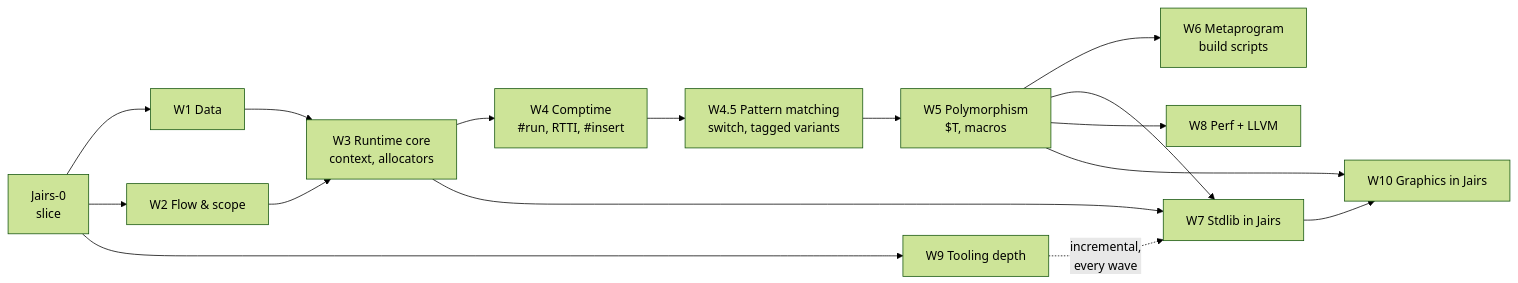
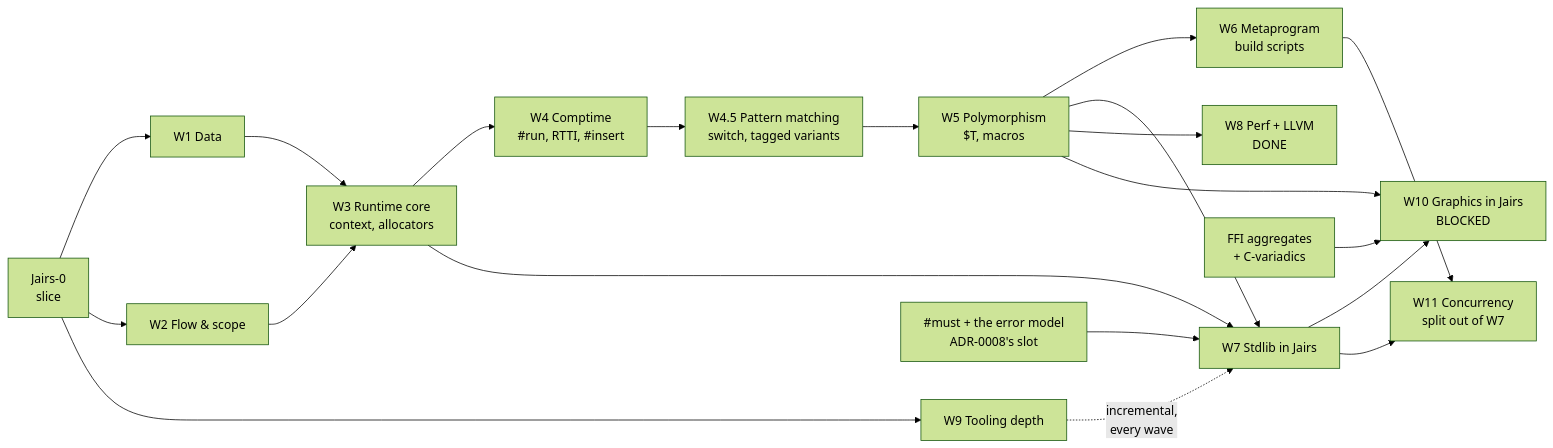
Before and after one commit to Daniel-Boll/jairs: the second of 3 diagrams in PLAN.md, drawn with Mermaid (forest theme). The commit also changed other lines of this file and 3 other files, not shown here.

````diff
--- a/PLAN.md
+++ b/PLAN.md
@@ -368,18 +369,22 @@
 ```mermaid
 flowchart LR
     S["Jairs-0<br/>slice"] --> W1["W1 Data"]
     S --> W2["W2 Flow & scope"]
     W1 --> W3["W3 Runtime core<br/>context, allocators"]
     W2 --> W3
     W3 --> W4["W4 Comptime<br/>#run, RTTI, #insert"]
     W4 --> W45["W4.5 Pattern matching<br/>switch, tagged variants"]
     W45 --> W5["W5 Polymorphism<br/>$T, macros"]
     W5 --> W6["W6 Metaprogram<br/>build scripts"]
     W3 --> W7["W7 Stdlib in Jairs"]
     W5 --> W7
-    W5 --> W8["W8 Perf + LLVM"]
-    W7 --> W10["W10 Graphics in Jairs"]
+    W5 --> W8["W8 Perf + LLVM<br/>DONE"]
+    W7 --> W10["W10 Graphics in Jairs<br/>BLOCKED"]
     W5 --> W10
     S --> W9["W9 Tooling depth"]
     W9 -.->|"incremental,<br/>every wave"| W7
+    ERR["#must + the error model<br/>ADR-0008's slot"] --> W7
+    FFI["FFI aggregates<br/>+ C-variadics"] --> W10
+    W6 --> W11["W11 Concurrency<br/>split out of W7"]
+    W7 --> W11
 ```
````
